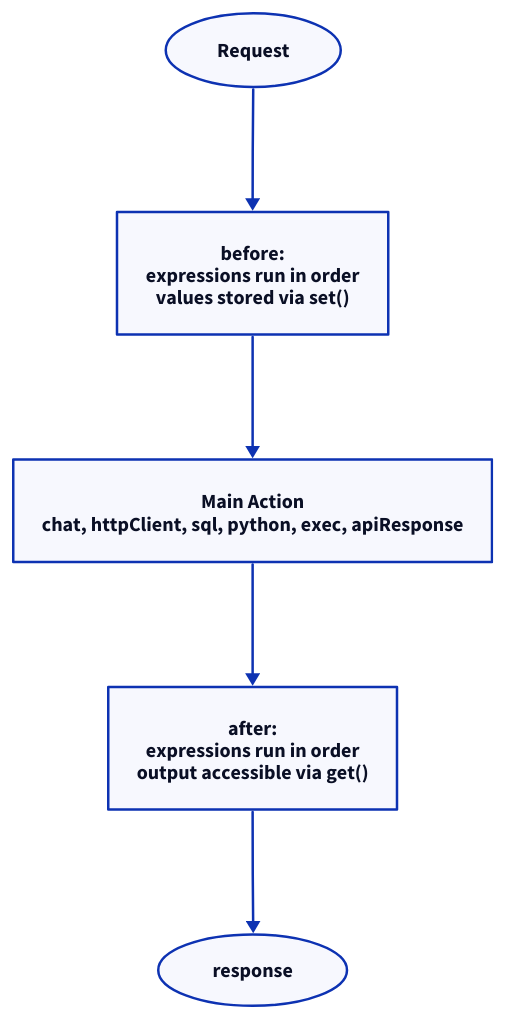
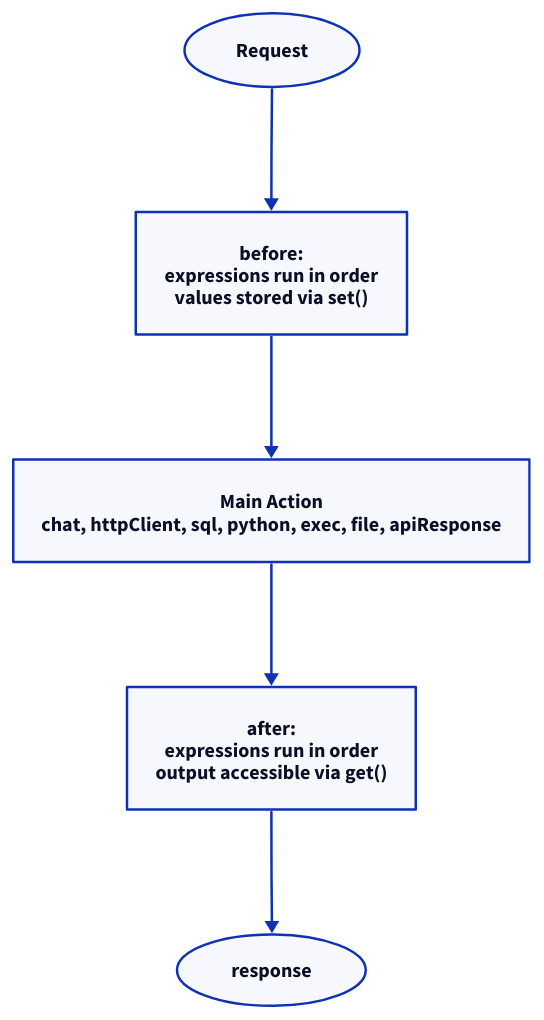
One commit to kdeps/kdeps changed the diagram in docs/v2/reference/expr-blocks.md. Above: the diagram before and after it, drawn with D2. The commit also changed other lines of this file and 8 other files, not shown here.

````diff
--- a/docs/v2/reference/expr-blocks.md
+++ b/docs/v2/reference/expr-blocks.md
@@ -105,11 +105,11 @@
 ```d2
 direction: down
 
 A: Request {shape: oval}
 B: "before:\nexpressions run in order\nvalues stored via set()"
-C: "Main Action\nchat, httpClient, sql, python, exec, apiResponse"
+C: "Main Action\nchat, httpClient, sql, python, exec, file, apiResponse"
 D: "after:\nexpressions run in order\noutput accessible via get()"
 E: response {shape: oval}
 
 A -> B -> C -> D -> E
 ```
````
